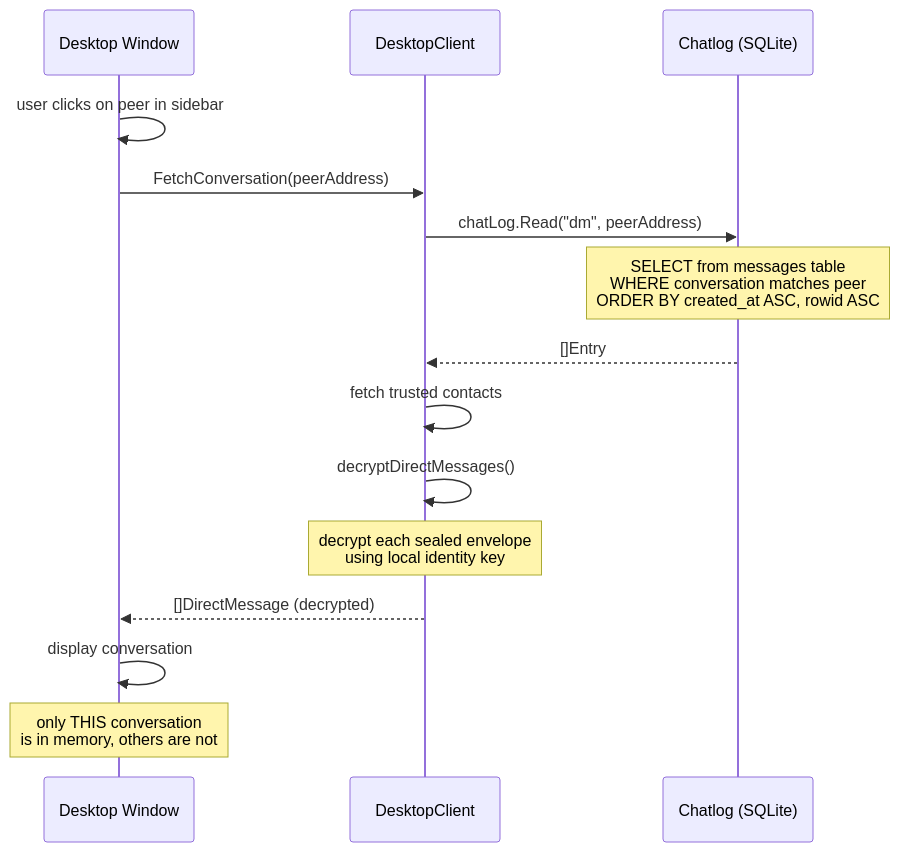
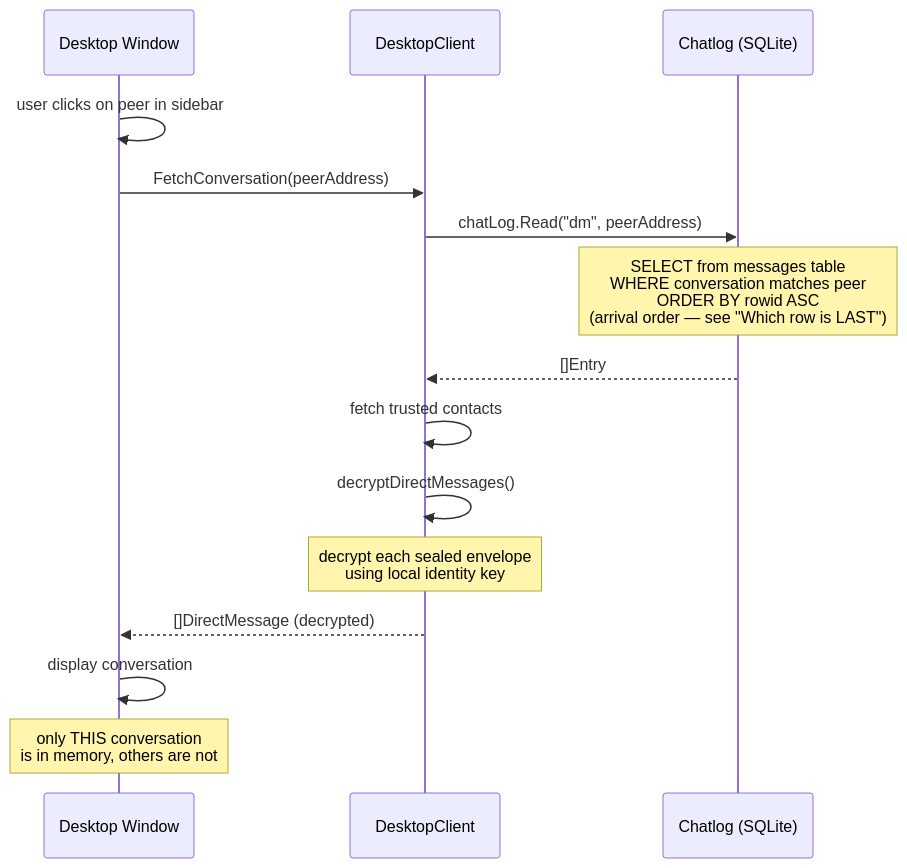
One commit to piratecash/corsa changed the fifth of 16 diagrams in docs/chatlog.md. Above: the diagram before and after it, drawn with Mermaid. The commit also changed other lines of this file and 13 other files, not shown here.

````diff
--- a/docs/chatlog.md
+++ b/docs/chatlog.md
@@ -141,18 +141,18 @@
 ```mermaid
 sequenceDiagram
     participant UI as Desktop Window
     participant SVC as DesktopClient
     participant LOG as Chatlog (SQLite)
 
     UI->>UI: user clicks on peer in sidebar
     UI->>SVC: FetchConversation(peerAddress)
     SVC->>LOG: chatLog.Read("dm", peerAddress)
-    Note over LOG: SELECT from messages table<br/>WHERE conversation matches peer<br/>ORDER BY created_at ASC, rowid ASC
+    Note over LOG: SELECT from messages table<br/>WHERE conversation matches peer<br/>ORDER BY rowid ASC<br/>(arrival order — see "Which row is LAST")
     LOG-->>SVC: []Entry
     SVC->>SVC: fetch trusted contacts
     SVC->>SVC: decryptDirectMessages()
     Note over SVC: decrypt each sealed envelope<br/>using local identity key
     SVC-->>UI: []DirectMessage (decrypted)
     UI->>UI: display conversation
     Note over UI: only THIS conversation<br/>is in memory, others are not
 ```
````
